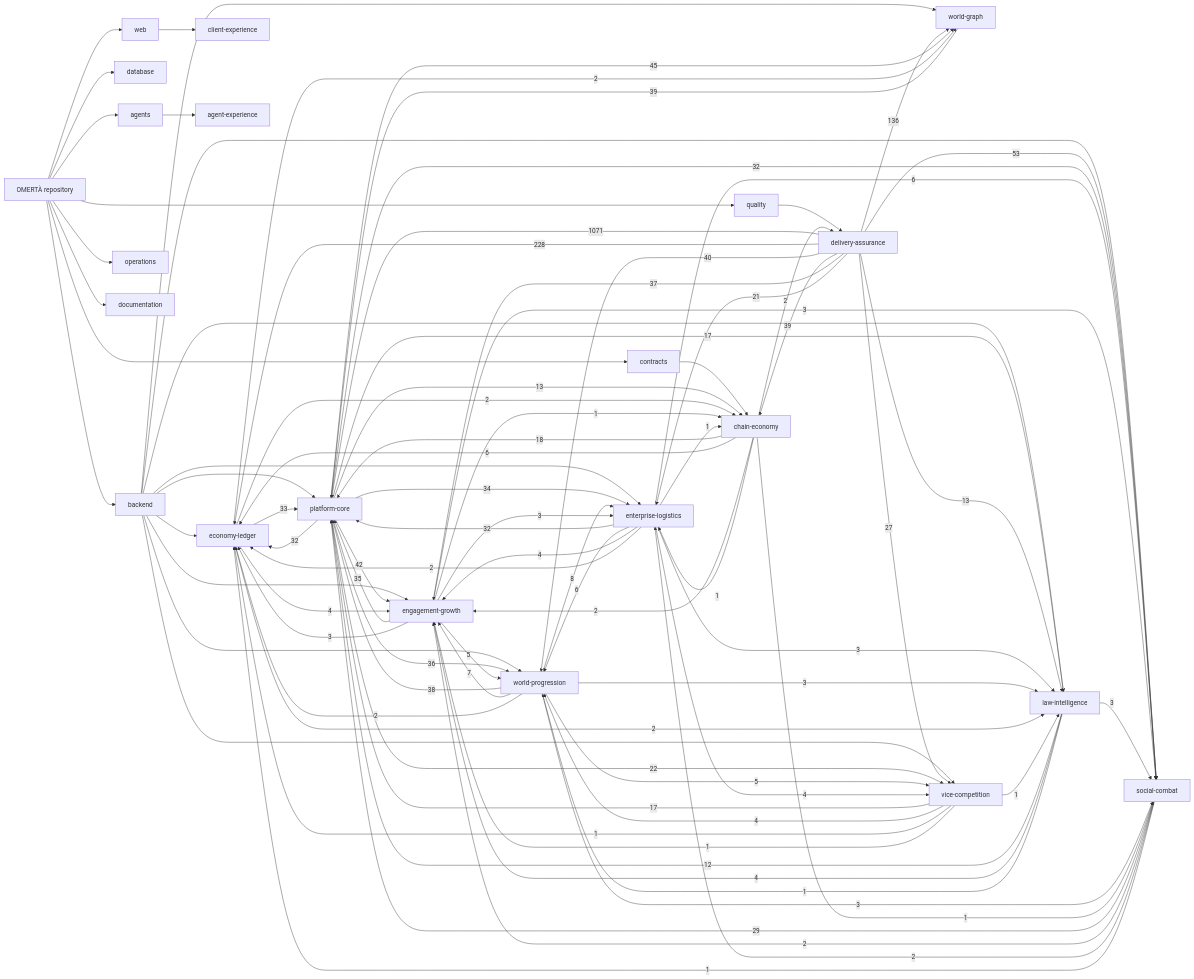
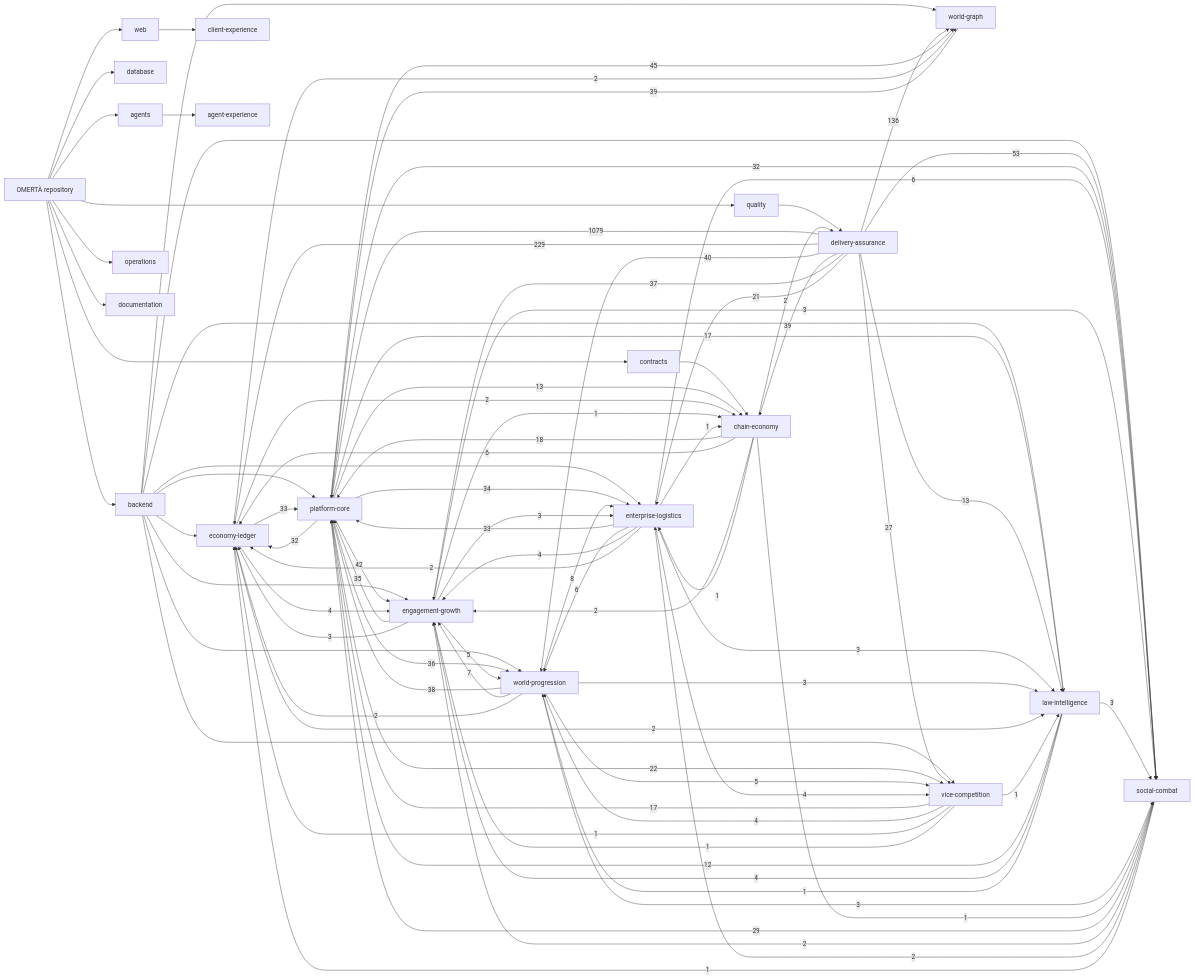
One commit to OmertaDev/Omerta changed the diagram in knowledge/generated/graph.mmd. Above: the diagram before and after it, drawn with Mermaid. The commit also changed 7 other files, not shown here.

```diff
--- a/knowledge/generated/graph.mmd
+++ b/knowledge/generated/graph.mmd
@@ -1,109 +1,109 @@
 flowchart LR
   repo["OMERTÀ repository"]
   sub_backend["backend"]
   repo --> sub_backend
   sub_database["database"]
   repo --> sub_database
   sub_web["web"]
   repo --> sub_web
   sub_contracts["contracts"]
   repo --> sub_contracts
   sub_agents["agents"]
   repo --> sub_agents
   sub_quality["quality"]
   repo --> sub_quality
   sub_operations["operations"]
   repo --> sub_operations
   sub_documentation["documentation"]
   repo --> sub_documentation
   dom_platform-core["platform-core"]
   dom_economy-ledger["economy-ledger"]
   dom_social-combat["social-combat"]
   dom_world-progression["world-progression"]
   dom_world-graph["world-graph"]
   dom_enterprise-logistics["enterprise-logistics"]
   dom_vice-competition["vice-competition"]
   dom_law-intelligence["law-intelligence"]
   dom_chain-economy["chain-economy"]
   dom_engagement-growth["engagement-growth"]
   dom_client-experience["client-experience"]
   dom_agent-experience["agent-experience"]
   dom_delivery-assurance["delivery-assurance"]
   sub_agents --> dom_agent-experience
   sub_backend --> dom_economy-ledger
   sub_backend --> dom_engagement-growth
   sub_backend --> dom_enterprise-logistics
   sub_backend --> dom_law-intelligence
   sub_backend --> dom_platform-core
   sub_backend --> dom_social-combat
   sub_backend --> dom_vice-competition
   sub_backend --> dom_world-graph
   sub_backend --> dom_world-progression
   sub_contracts --> dom_chain-economy
   sub_quality --> dom_delivery-assurance
   sub_web --> dom_client-experience
-  dom_delivery-assurance -->|1071| dom_platform-core
-  dom_delivery-assurance -->|228| dom_economy-ledger
+  dom_delivery-assurance -->|1079| dom_platform-core
+  dom_delivery-assurance -->|229| dom_economy-ledger
   dom_delivery-assurance -->|136| dom_world-graph
   dom_delivery-assurance -->|53| dom_social-combat
   dom_platform-core -->|45| dom_world-graph
   dom_platform-core -->|42| dom_engagement-growth
   dom_delivery-assurance -->|40| dom_world-progression
   dom_delivery-assurance -->|39| dom_chain-economy
   dom_world-graph -->|39| dom_platform-core
   dom_world-progression -->|38| dom_platform-core
   dom_delivery-assurance -->|37| dom_engagement-growth
   dom_platform-core -->|36| dom_world-progression
   dom_engagement-growth -->|35| dom_platform-core
   dom_platform-core -->|34| dom_enterprise-logistics
   dom_economy-ledger -->|33| dom_platform-core
-  dom_enterprise-logistics -->|32| dom_platform-core
+  dom_enterprise-logistics -->|33| dom_platform-core
   dom_platform-core -->|32| dom_economy-ledger
   dom_platform-core -->|32| dom_social-combat
   dom_social-combat -->|29| dom_platform-core
   dom_delivery-assurance -->|27| dom_vice-competition
   dom_platform-core -->|22| dom_vice-competition
   dom_delivery-assurance -->|21| dom_enterprise-logistics
   dom_chain-economy -->|18| dom_platform-core
   dom_platform-core -->|17| dom_law-intelligence
   dom_vice-competition -->|17| dom_platform-core
   dom_delivery-assurance -->|13| dom_law-intelligence
   dom_platform-core -->|13| dom_chain-economy
   dom_law-intelligence -->|12| dom_platform-core
   dom_world-progression -->|8| dom_enterprise-logistics
   dom_world-progression -->|7| dom_engagement-growth
   dom_chain-economy -->|6| dom_economy-ledger
   dom_enterprise-logistics -->|6| dom_social-combat
   dom_enterprise-logistics -->|6| dom_world-progression
   dom_engagement-growth -->|5| dom_world-progression
   dom_world-progression -->|5| dom_vice-competition
   dom_economy-ledger -->|4| dom_engagement-growth
   dom_enterprise-logistics -->|4| dom_engagement-growth
   dom_enterprise-logistics -->|4| dom_vice-competition
   dom_law-intelligence -->|4| dom_engagement-growth
   dom_vice-competition -->|4| dom_world-progression
   dom_engagement-growth -->|3| dom_economy-ledger
   dom_engagement-growth -->|3| dom_enterprise-logistics
   dom_engagement-growth -->|3| dom_social-combat
   dom_enterprise-logistics -->|3| dom_law-intelligence
   dom_law-intelligence -->|3| dom_social-combat
   dom_world-progression -->|3| dom_law-intelligence
   dom_world-progression -->|3| dom_social-combat
   dom_chain-economy -->|2| dom_delivery-assurance
   dom_chain-economy -->|2| dom_engagement-growth
   dom_economy-ledger -->|2| dom_chain-economy
   dom_economy-ledger -->|2| dom_law-intelligence
   dom_economy-ledger -->|2| dom_world-graph
   dom_enterprise-logistics -->|2| dom_economy-ledger
   dom_social-combat -->|2| dom_engagement-growth
   dom_social-combat -->|2| dom_enterprise-logistics
   dom_world-progression -->|2| dom_economy-ledger
   dom_chain-economy -->|1| dom_enterprise-logistics
   dom_chain-economy -->|1| dom_social-combat
   dom_engagement-growth -->|1| dom_chain-economy
   dom_enterprise-logistics -->|1| dom_chain-economy
   dom_law-intelligence -->|1| dom_world-progression
   dom_social-combat -->|1| dom_economy-ledger
   dom_vice-competition -->|1| dom_economy-ledger
   dom_vice-competition -->|1| dom_engagement-growth
   dom_vice-competition -->|1| dom_law-intelligence
```
